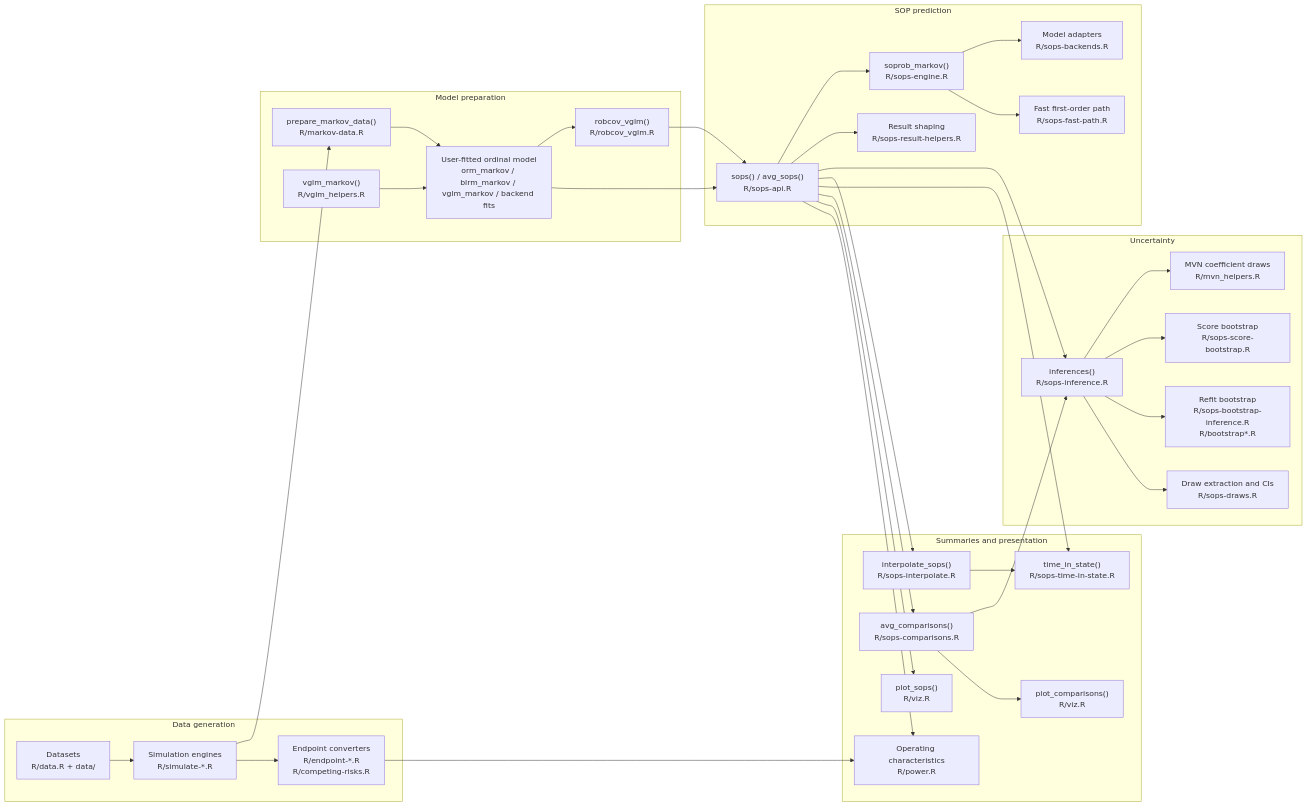
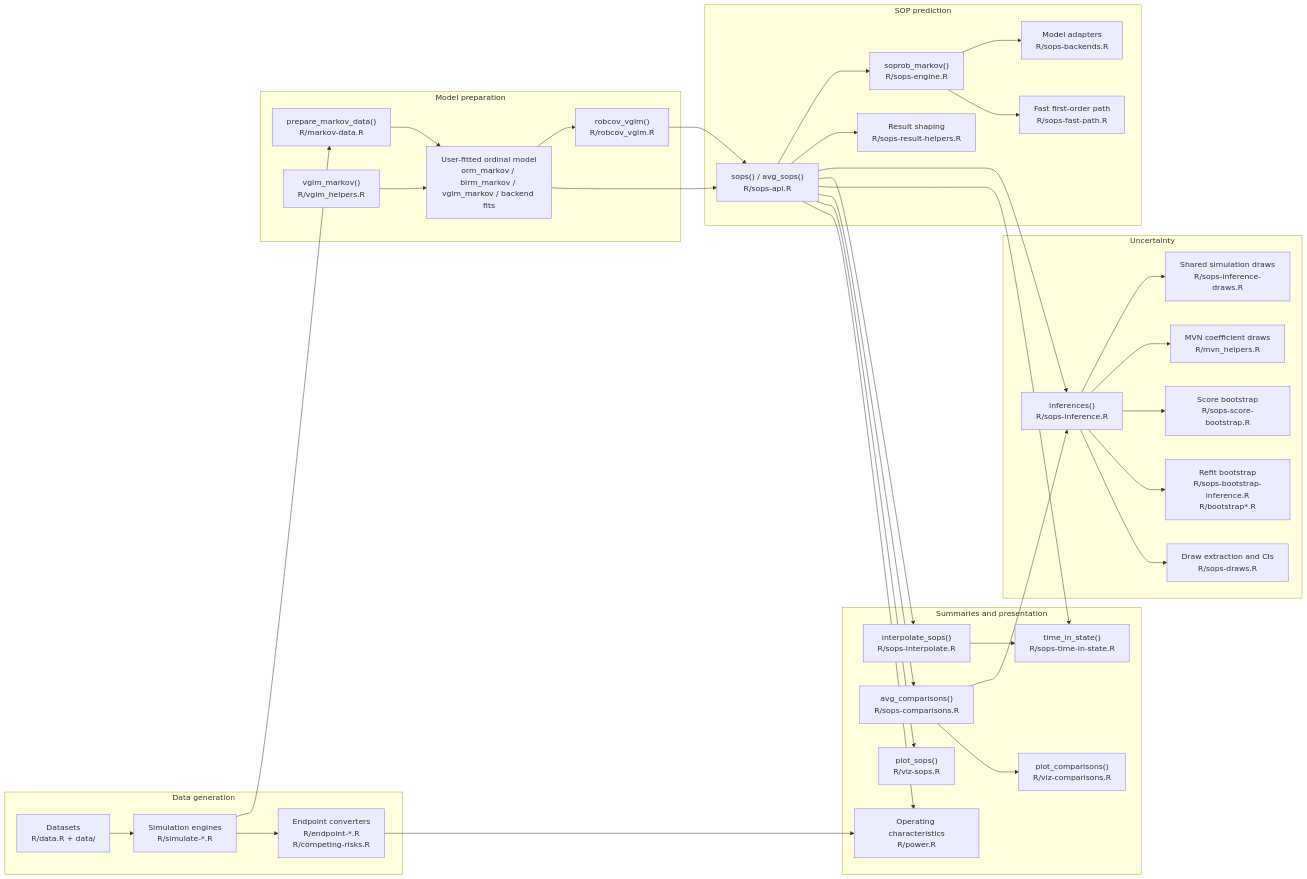
Before and after one commit to scjohannes/markov.misc: the first of 6 diagrams in ARCHITECTURE.md, drawn with Mermaid. The commit also changed other lines of this file and 55 other files, not shown here.

````diff
--- a/ARCHITECTURE.md
+++ b/ARCHITECTURE.md
@@ -27,67 +27,69 @@
 ```mermaid
 flowchart LR
   subgraph "Data generation"
     SIM["Simulation engines<br/>R/simulate-*.R"]
     BASE["Datasets<br/>R/data.R + data/"]
     ENDPOINT_IN["Endpoint converters<br/>R/endpoint-*.R<br/>R/competing-risks.R"]
   end
 
   subgraph "Model preparation"
     PREP["prepare_markov_data()<br/>R/markov-data.R"]
     FIT["User-fitted ordinal model<br/>orm_markov / blrm_markov / vglm_markov / backend fits"]
     VGLM_FIT["vglm_markov()<br/>R/vglm_helpers.R"]
     ROB["robcov_vglm()<br/>R/robcov_vglm.R"]
   end
 
   subgraph "SOP prediction"
     API["sops() / avg_sops()<br/>R/sops-api.R"]
     BACKENDS["Model adapters<br/>R/sops-backends.R"]
     ENGINE["soprob_markov()<br/>R/sops-engine.R"]
     FAST["Fast first-order path<br/>R/sops-fast-path.R"]
     RESULT["Result shaping<br/>R/sops-result-helpers.R"]
   end
 
   subgraph "Uncertainty"
     INF["inferences()<br/>R/sops-inference.R"]
     MVN["MVN coefficient draws<br/>R/mvn_helpers.R"]
     SCORE["Score bootstrap<br/>R/sops-score-bootstrap.R"]
+    SIM_DRAWS["Shared simulation draws<br/>R/sops-inference-draws.R"]
     REFIT["Refit bootstrap<br/>R/sops-bootstrap-inference.R<br/>R/bootstrap*.R"]
     DRAWS["Draw extraction and CIs<br/>R/sops-draws.R"]
   end
 
   subgraph "Summaries and presentation"
     TIS["time_in_state()<br/>R/sops-time-in-state.R"]
     COMP["avg_comparisons()<br/>R/sops-comparisons.R"]
     INT["interpolate_sops()<br/>R/sops-interpolate.R"]
-    PLOT["plot_sops()<br/>R/viz.R"]
-    PLOT_COMP["plot_comparisons()<br/>R/viz.R"]
+    PLOT["plot_sops()<br/>R/viz-sops.R"]
+    PLOT_COMP["plot_comparisons()<br/>R/viz-comparisons.R"]
     OC["Operating characteristics<br/>R/power.R"]
   end
 
   SIM --> PREP
   BASE --> SIM
   SIM --> ENDPOINT_IN
   PREP --> FIT
   VGLM_FIT --> FIT
   FIT --> ROB
   FIT --> API
   ROB --> API
   API --> ENGINE
   API --> RESULT
   ENGINE --> BACKENDS
   ENGINE --> FAST
   API --> INF
+  INF --> SIM_DRAWS
   INF --> MVN
   INF --> SCORE
   INF --> REFIT
   INF --> DRAWS
   API --> INT
   API --> TIS
   API --> COMP
   COMP --> INF
   INT --> TIS
   API --> PLOT
   COMP --> PLOT_COMP
   ENDPOINT_IN --> OC
   API --> OC
 ```
````
